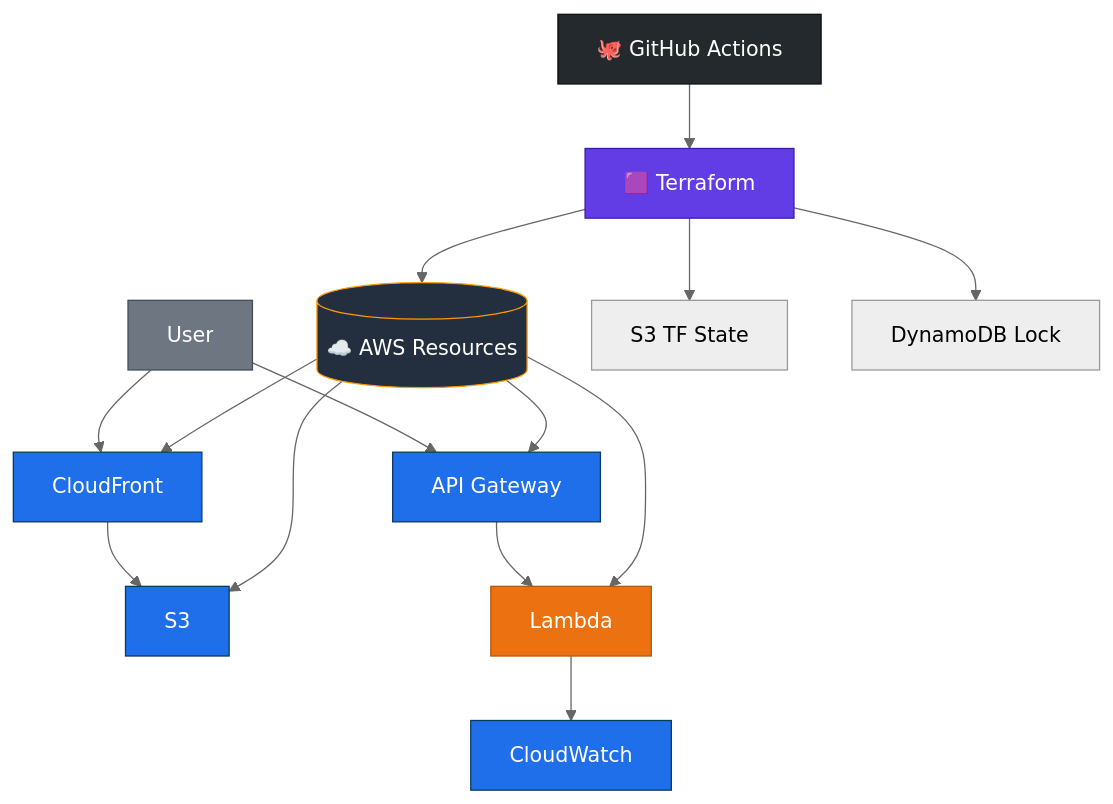
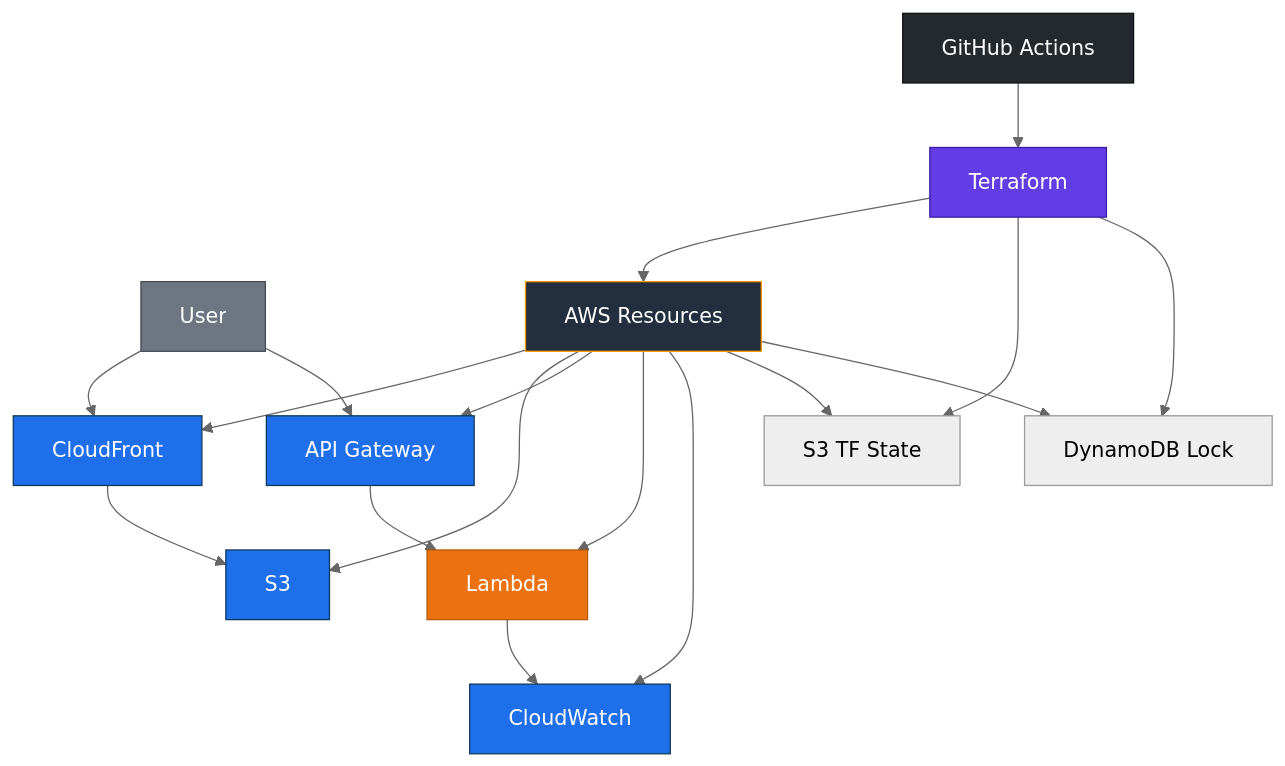
The diagram in README.md (austinhogan11/Multicloud-DevOps-Demo), drawn with Mermaid (neutral theme) before and after one commit. The commit also changed other lines of this file, not shown here.

Commit message:
docs: clean architecture section; remove ASCII + old diagram; relocate/expand sprint timeline; no-emoji branded Mermaid; show TF backend as AWS resources

````diff
--- a/README.md
+++ b/README.md
@@ -43,44 +23,46 @@
 ```mermaid
 flowchart TD
-  %% Nodes
+  %% Nodes (no emojis, branded colors)
   User[User]
+  GH[GitHub Actions]
+  TF[Terraform]
+  AWS[AWS Resources]
+  TFS3[S3 TF State]
+  TFDDB[DynamoDB Lock]
   CF[CloudFront]
   S3[S3]
   APIGW[API Gateway]
   LMB[Lambda]
   CW[CloudWatch]
-
-  GH[🐙 GitHub Actions]
-  TF[🟪 Terraform]
-  AWS[(☁️ AWS Resources)]
-  TFS3[S3 TF State]
-  TFDDB[DynamoDB Lock]
 
   %% Edges
   User --> CF --> S3
   User --> APIGW --> LMB --> CW
 
   GH --> TF --> AWS
   TF --> TFS3
   TF --> TFDDB
   AWS --> CF
   AWS --> S3
   AWS --> APIGW
   AWS --> LMB
+  AWS --> CW
+  AWS --> TFS3
+  AWS --> TFDDB
 
   %% Classes / colors
   classDef gh fill:#24292e,stroke:#0d1117,color:#ffffff
   classDef tf fill:#623ce4,stroke:#3a1ca6,color:#ffffff
   classDef aws fill:#232f3e,stroke:#ff9900,color:#ffffff
   classDef svc fill:#1f6feb,stroke:#0d3a5c,color:#ffffff
   classDef comp fill:#ec7211,stroke:#b35a0b,color:#ffffff
   classDef user fill:#6e7781,stroke:#444d56,color:#ffffff
 
   class GH gh
   class TF tf
   class AWS aws
   class CF,S3,APIGW svc
   class LMB comp
   class CW svc
   class User user
 ```
````
